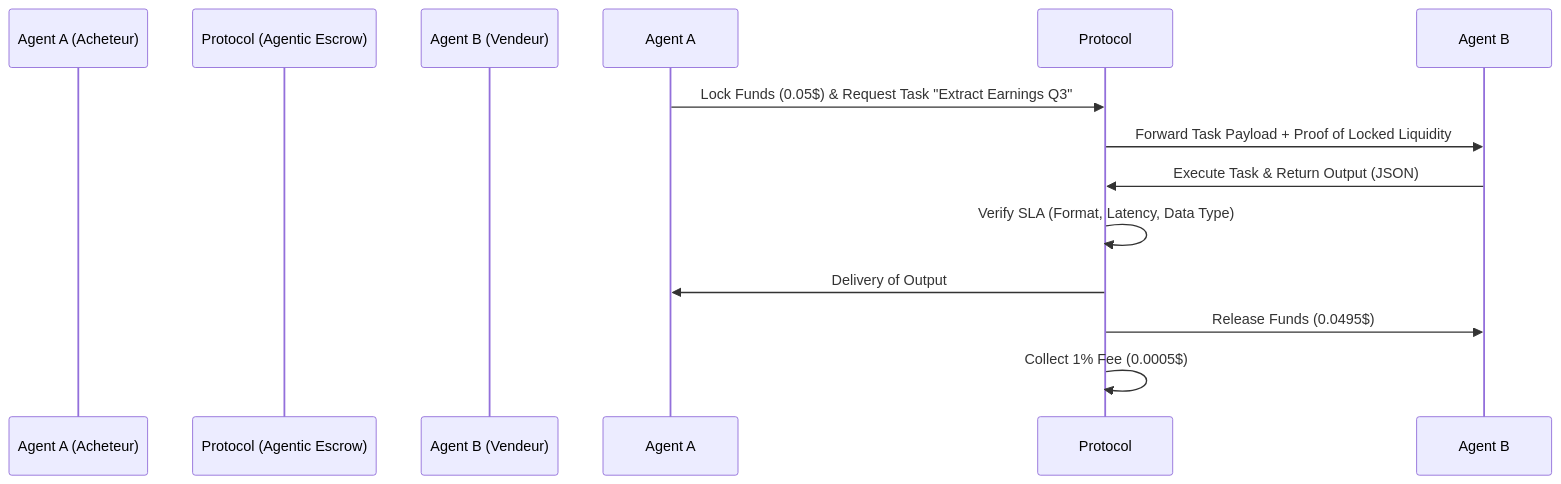
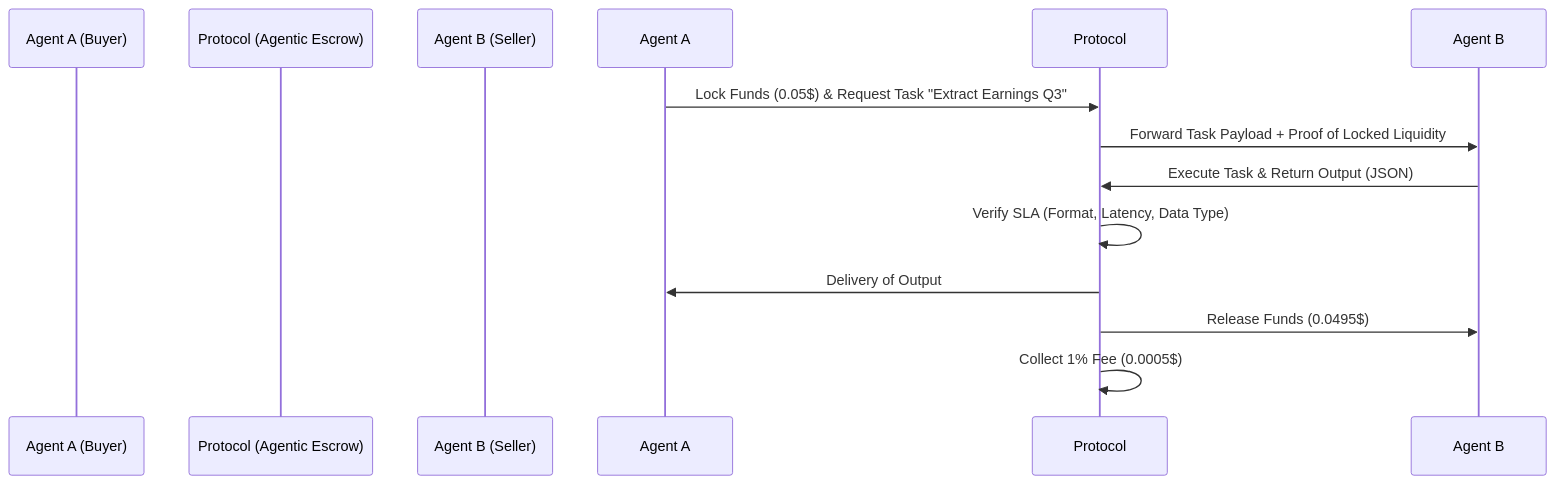
One commit to flouzzy/top-100-ai-startup-ideas changed the second of 2 diagrams in ideas/agentic-protocol/README.md. Above: the diagram before and after it, drawn with Mermaid. The commit also changed other lines of this file and 21 other files, not shown here.

````diff
--- a/ideas/agentic-protocol/README.md
+++ b/ideas/agentic-protocol/README.md
@@ -37,14 +39,14 @@
 ```mermaid
 sequenceDiagram
-    participant Agent A (Acheteur)
+    participant Agent A (Buyer)
     participant Protocol (Agentic Escrow)
-    participant Agent B (Vendeur)
+    participant Agent B (Seller)
 
     Agent A->>Protocol: Lock Funds (0.05$) & Request Task "Extract Earnings Q3"
     Protocol->>Agent B: Forward Task Payload + Proof of Locked Liquidity
     Agent B->>Protocol: Execute Task & Return Output (JSON)
     Protocol->>Protocol: Verify SLA (Format, Latency, Data Type)
     Protocol->>Agent A: Delivery of Output
     Protocol->>Agent B: Release Funds (0.0495$)
     Protocol->>Protocol: Collect 1% Fee (0.0005$)
 ```
````
